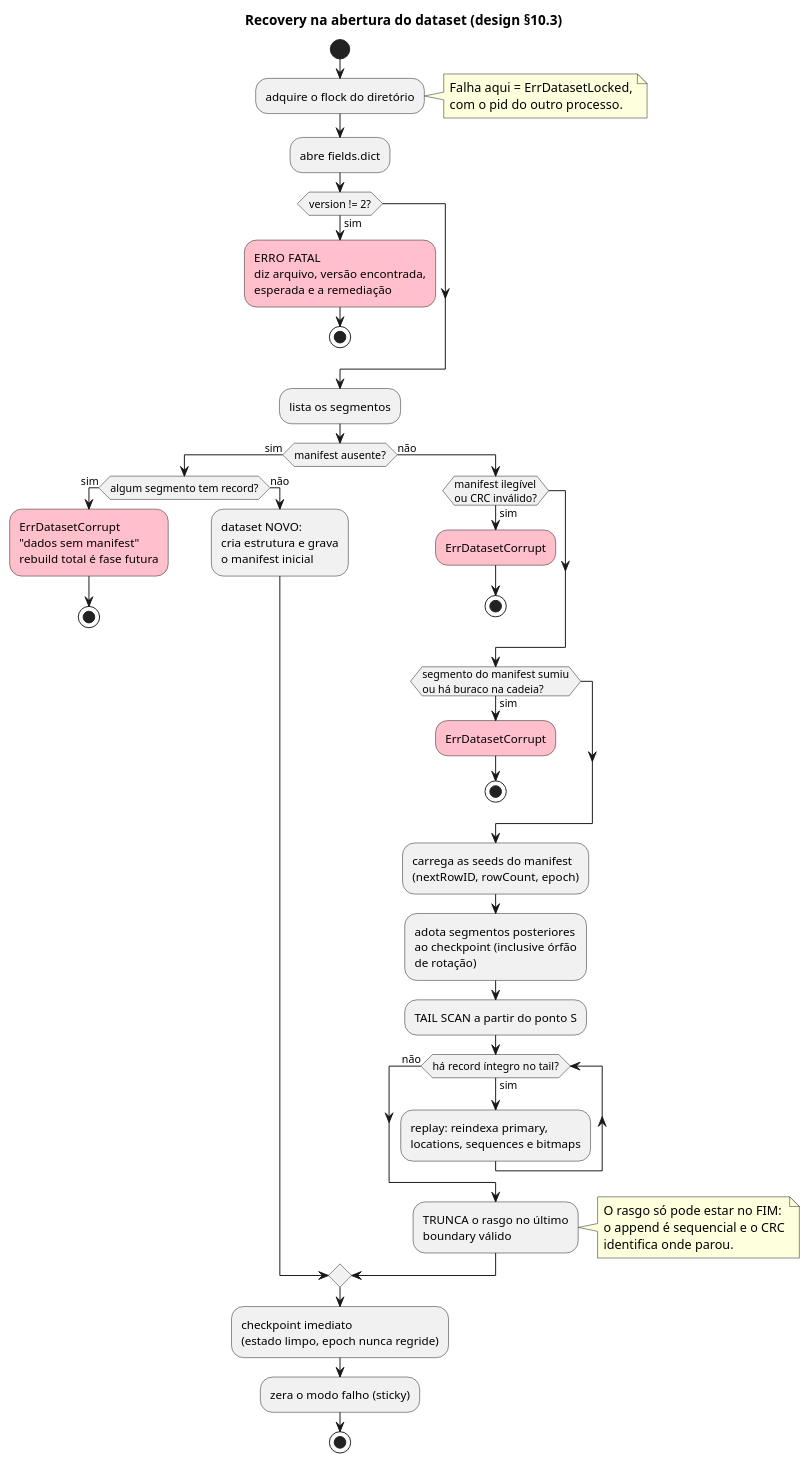
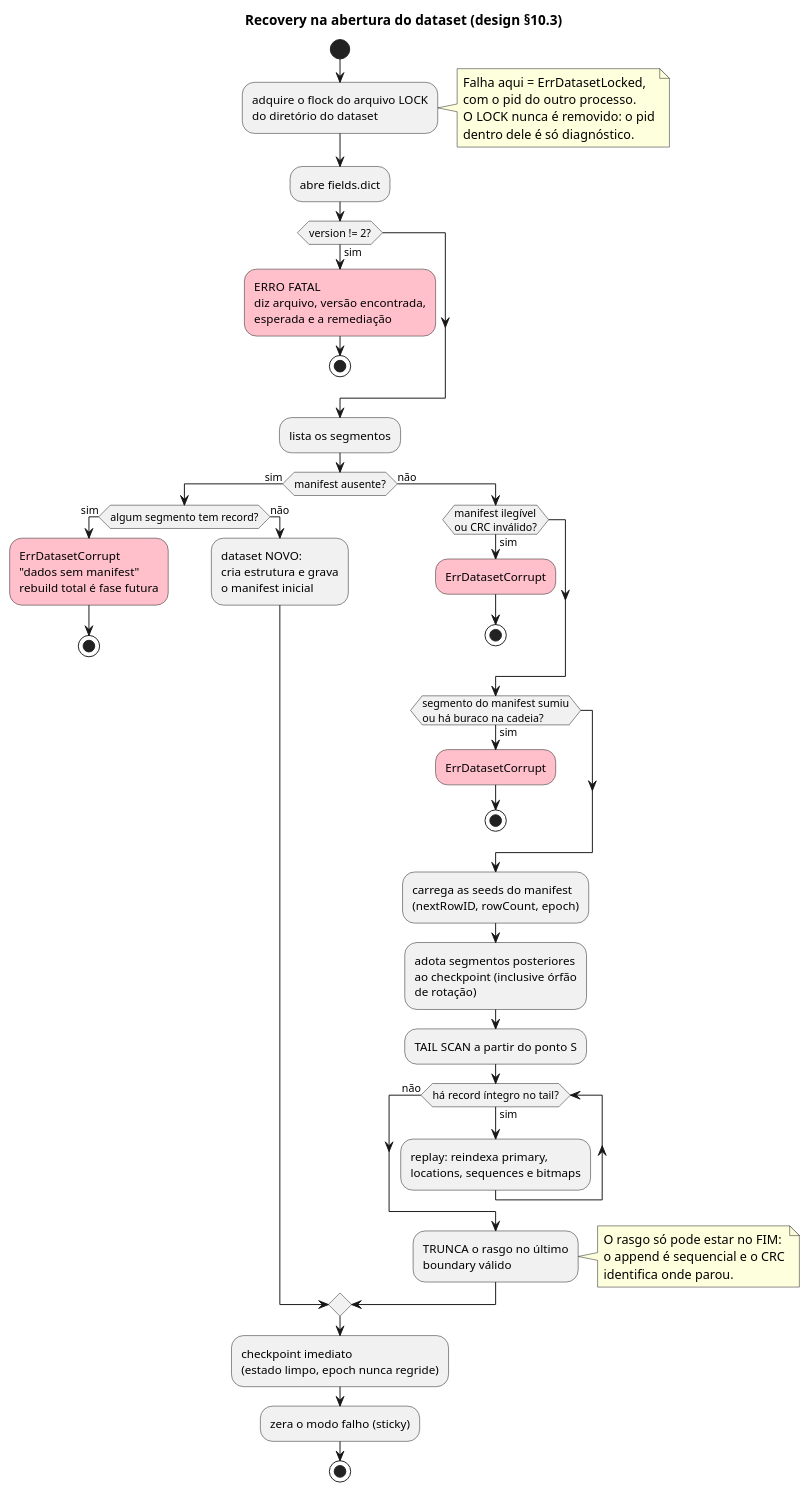
The diagram in docs/diagrams/recovery_flow.puml (nishisan-dev/nishidb), drawn with PlantUML before and after one commit. The commit also changed 4 other files, not shown here.

```diff
--- a/docs/diagrams/recovery_flow.puml
+++ b/docs/diagrams/recovery_flow.puml
@@ -1,52 +1,55 @@
 @startuml recovery_flow
 title Recovery na abertura do dataset (design §10.3)
 
 start
-:adquire o flock do diretório;
+:adquire o flock do arquivo LOCK
+do diretório do dataset;
 note right
   Falha aqui = ErrDatasetLocked,
   com o pid do outro processo.
+  O LOCK nunca é removido: o pid
+  dentro dele é só diagnóstico.
 end note
 
 :abre fields.dict;
 if (version != 2?) then (sim)
   #pink:ERRO FATAL\ndiz arquivo, versão encontrada,\nesperada e a remediação;
   stop
 endif
 
 :lista os segmentos;
 if (manifest ausente?) then (sim)
   if (algum segmento tem record?) then (sim)
     #pink:ErrDatasetCorrupt\n"dados sem manifest"\nrebuild total é fase futura;
     stop
   else (não)
     :dataset NOVO:\ncria estrutura e grava\no manifest inicial;
   endif
 else (não)
   if (manifest ilegível\nou CRC inválido?) then (sim)
     #pink:ErrDatasetCorrupt;
     stop
   endif
   if (segmento do manifest sumiu\nou há buraco na cadeia?) then (sim)
     #pink:ErrDatasetCorrupt;
     stop
   endif
 
   :carrega as seeds do manifest\n(nextRowID, rowCount, epoch);
   :adota segmentos posteriores\nao checkpoint (inclusive órfão\nde rotação);
   :TAIL SCAN a partir do ponto S;
   while (há record íntegro no tail?) is (sim)
     :replay: reindexa primary,\nlocations, sequences e bitmaps;
   endwhile (não)
   :TRUNCA o rasgo no último\nboundary válido;
   note right
     O rasgo só pode estar no FIM:
     o append é sequencial e o CRC
     identifica onde parou.
   end note
 endif
 
 :checkpoint imediato\n(estado limpo, epoch nunca regride);
 :zera o modo falho (sticky);
 stop
 @enduml
```
